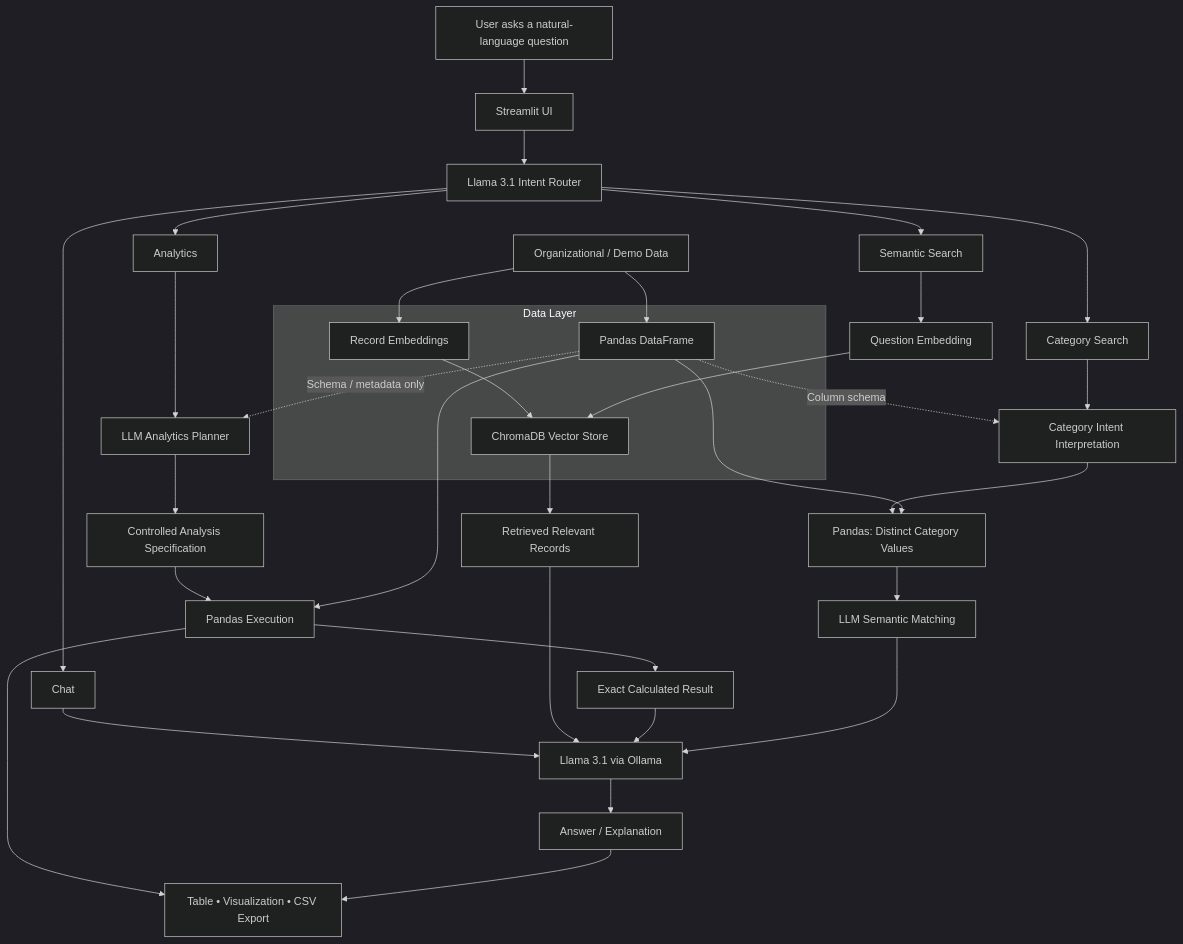
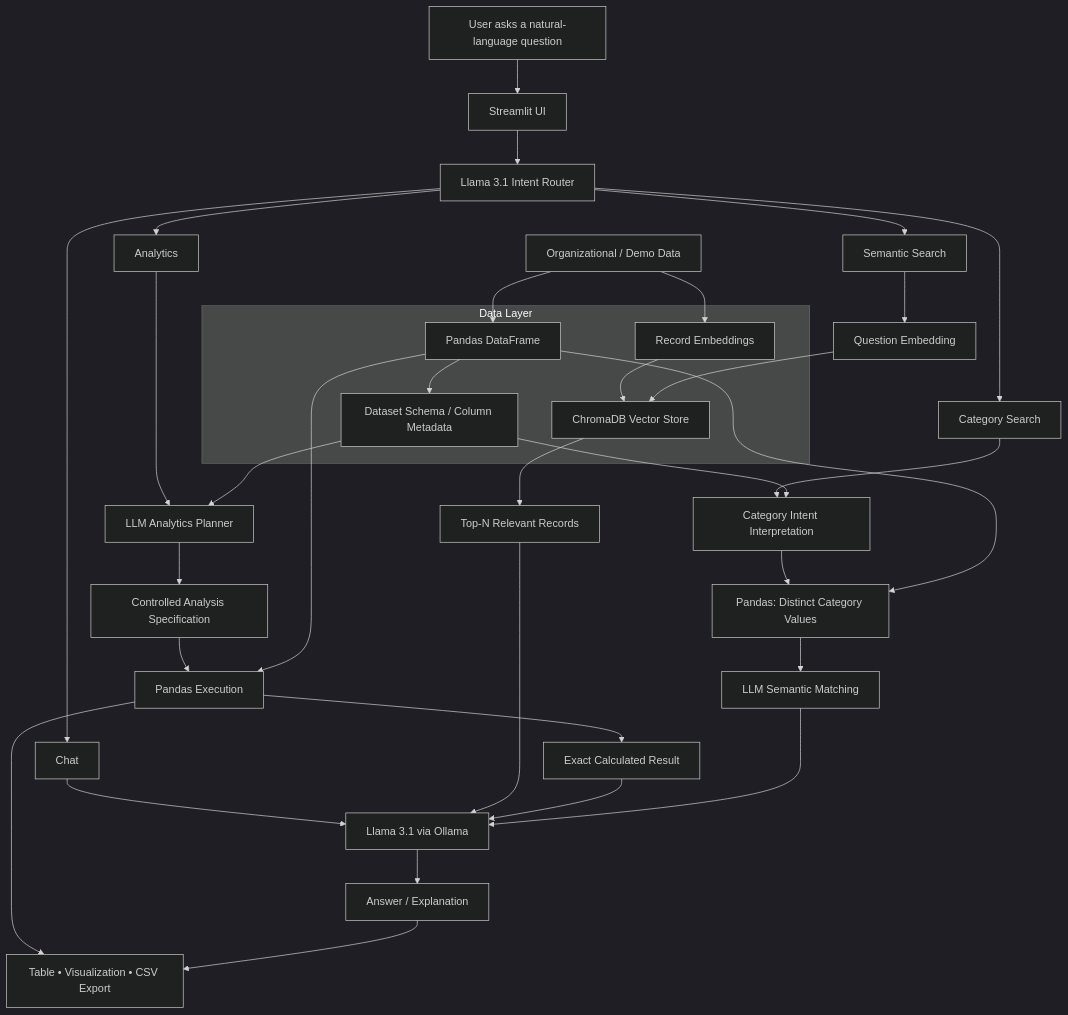
One commit to ahmed-ishtiaque/in-house-llm-data-analytics-assistant changed the diagram in README.md. Above: the diagram before and after it, drawn with Mermaid (dark theme). The commit also changed other lines of this file, not shown here.

````diff
--- a/README.md
+++ b/README.md
@@ -84,48 +120,50 @@
 ```mermaid
 flowchart TD
     DATA[Organizational / Demo Data]
 
     subgraph DL[Data Layer]
         DF[Pandas DataFrame]
+        SCHEMA[Dataset Schema / Column Metadata]
         EMB[Record Embeddings]
         CHROMA[ChromaDB Vector Store]
+        DF --> SCHEMA
         EMB --> CHROMA
     end
 
     DATA --> DF
     DATA --> EMB
 
     USER[User asks a natural-language question] --> UI[Streamlit UI]
     UI --> ROUTER[Llama 3.1 Intent Router]
 
     ROUTER --> CHAT[Chat]
     ROUTER --> SEM[Semantic Search]
     ROUTER --> ANA[Analytics]
     ROUTER --> CAT[Category Search]
 
     CHAT --> LLM[Llama 3.1 via Ollama]
 
     SEM --> QEMB[Question Embedding]
     QEMB --> CHROMA
-    CHROMA --> CONTEXT[Retrieved Relevant Records]
+    CHROMA --> CONTEXT[Top-N Relevant Records]
     CONTEXT --> LLM
 
     ANA --> PLAN[LLM Analytics Planner]
-    DF -. Schema / metadata only .-> PLAN
+    SCHEMA --> PLAN
     PLAN --> CONTROL[Controlled Analysis Specification]
     CONTROL --> EXEC[Pandas Execution]
     DF --> EXEC
     EXEC --> CALC[Exact Calculated Result]
     CALC --> LLM
 
     CAT --> CATPLAN[Category Intent Interpretation]
-    DF -. Column schema .-> CATPLAN
+    SCHEMA --> CATPLAN
     CATPLAN --> DISTINCT[Pandas: Distinct Category Values]
     DF --> DISTINCT
     DISTINCT --> MATCH[LLM Semantic Matching]
     MATCH --> LLM
 
     LLM --> OUTPUT[Answer / Explanation]
     EXEC --> PRESENT[Table • Visualization • CSV Export]
     OUTPUT --> PRESENT
 ```
````
